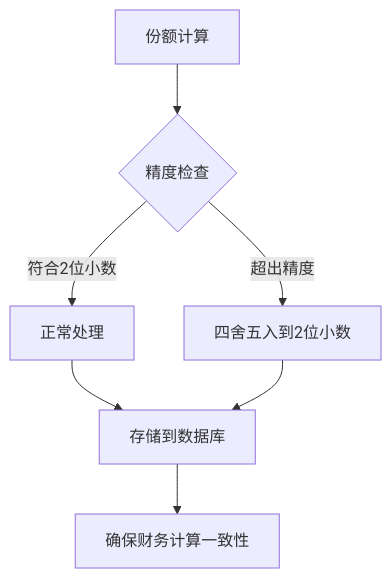
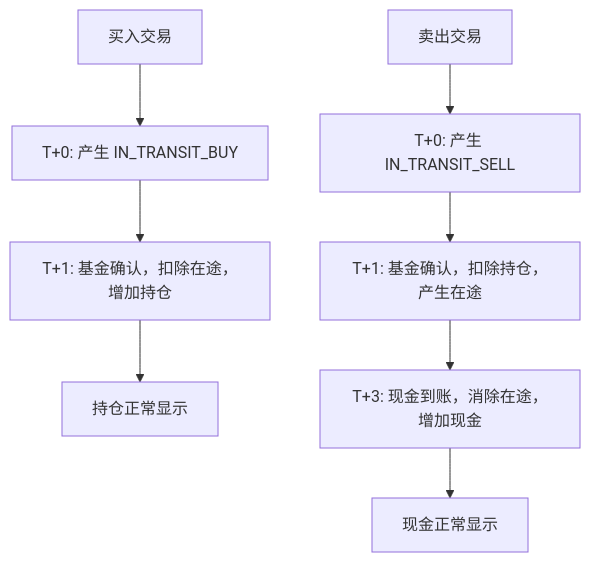
Before and after one commit to gujialind/InvestRing: the fifth of 10 diagrams in .qoder/repowiki/zh/content/核心业务功能/投资组合管理.md, drawn with Mermaid. The commit also changed other lines of this file and 65 other files, not shown here.

````diff
--- a/.qoder/repowiki/zh/content/核心业务功能/投资组合管理.md
+++ b/.qoder/repowiki/zh/content/核心业务功能/投资组合管理.md
@@ -272,9 +252,10 @@
 ```mermaid
 flowchart TD
-A[份额计算] --> B{精度检查}
-B --> |符合2位小数| C[正常处理]
-B --> |超出精度| D[四舍五入到2位小数]
-C --> E[存储到数据库]
-D --> E
-E --> F[确保财务计算一致性]
+A[买入交易] --> B[T+0: 产生 IN_TRANSIT_BUY]
+B --> C[T+1: 基金确认，扣除在途，增加持仓]
+C --> D[持仓正常显示]
+E[卖出交易] --> F[T+0: 产生 IN_TRANSIT_SELL]
+F --> G[T+1: 基金确认，扣除持仓，产生在途]
+G --> H[T+3: 现金到账，消除在途，增加现金]
+H --> I[现金正常显示]
 ```
````
